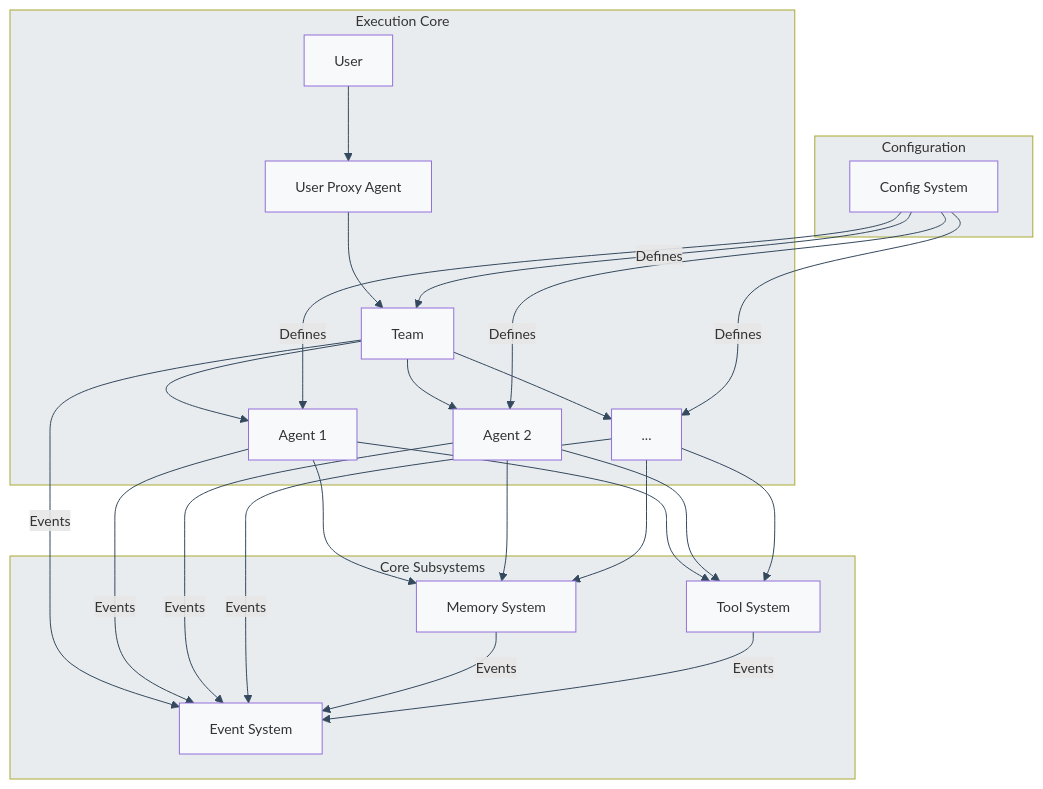
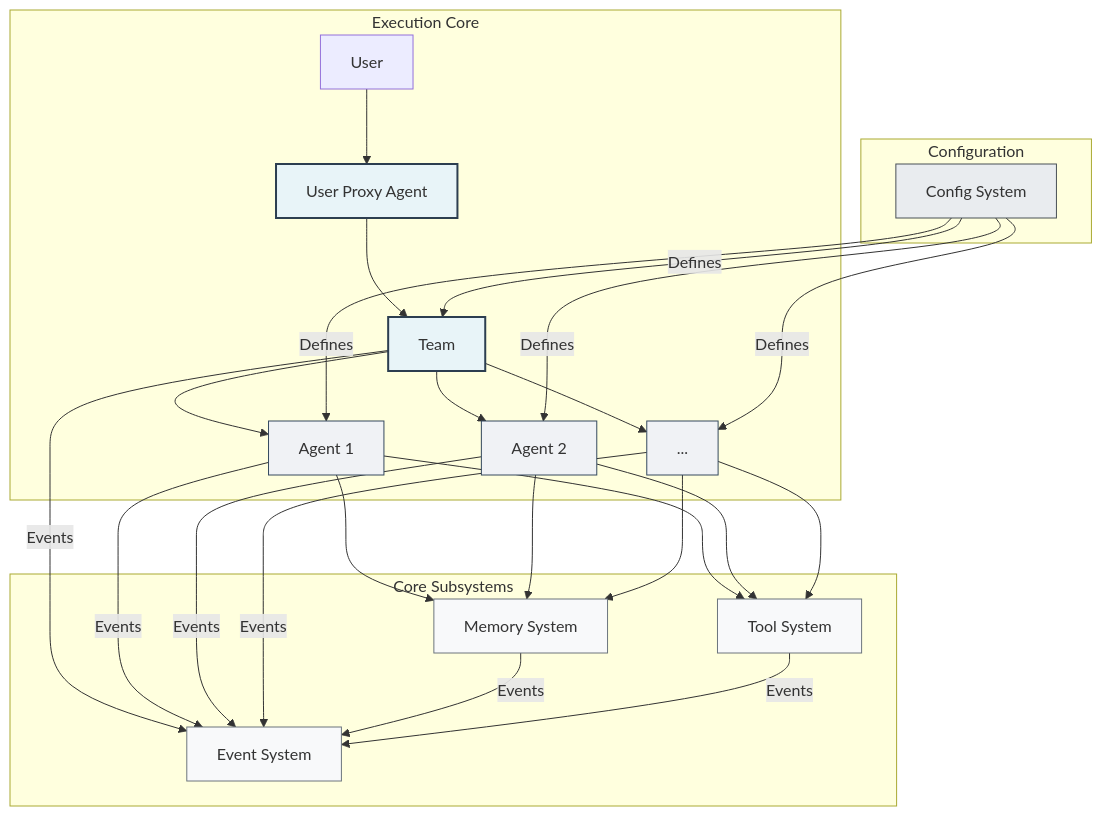
Before and after one commit to dustland/roboco: the first of 3 diagrams in docs/system-architecture.md, drawn with Mermaid. The commit also changed other lines of this file, not shown here.

Commit message:
docs: enhance system architecture documentation with detailed design principles and subsystem descriptions

````diff
--- a/docs/system-architecture.md
+++ b/docs/system-architecture.md
@@ -22,48 +28,43 @@
 ```mermaid
-%%{init: {"theme": "default", "themeVariables": {
-  "fontFamily": "Arial, sans-serif",
-  "fontSize": "14px",
-  "fontWeight": "400",
-  "primaryColor": "#f9f9f9",
-  "primaryTextColor": "#2c3e50",
-  "primaryBorderColor": "#34495e",
-  "lineColor": "#34495e",
-  "secondaryColor": "#ecf0f1",
-  "tertiaryColor": "#ffffff",
-  "background": "#ffffff",
-  "mainBkg": "#f8f9fa",
-  "secondBkg": "#e9ecef",
-  "tertiaryBkg": "#dee2e6",
-  "nodeBorderRadius": "8px",
-  "clusterBorderRadius": "10px"
-}}}%%
 graph TD
     subgraph "Configuration"
         CFS[Config System]
     end
 
     subgraph "Execution Core"
         U[User] --> UPA[User Proxy Agent]
         UPA --> T[Team]
         T --> A1[Agent 1]
         T --> A2[Agent 2]
         T --> AN[...]
     end
 
     subgraph "Core Subsystems"
         MS[Memory System]
         TS[Tool System]
         ES[Event System]
     end
 
     CFS -- "Defines" --> T & A1 & A2 & AN
+
     A1 --> MS & TS
     A2 --> MS & TS
     AN --> MS & TS
+
     T -- "Events" --> ES
     A1 -- "Events" --> ES
     A2 -- "Events" --> ES
     AN -- "Events" --> ES
     MS -- "Events" --> ES
     TS -- "Events" --> ES
+
+    style UPA fill:#e8f4f8,stroke:#2c3e50,stroke-width:2px
+    style T fill:#e8f4f8,stroke:#2c3e50,stroke-width:2px
+    style A1 fill:#f0f2f5,stroke:#34495e,stroke-width:1px
+    style A2 fill:#f0f2f5,stroke:#34495e,stroke-width:1px
+    style AN fill:#f0f2f5,stroke:#34495e,stroke-width:1px
+    style MS fill:#f8f9fa,stroke:#6c757d,stroke-width:1px
+    style TS fill:#f8f9fa,stroke:#6c757d,stroke-width:1px
+    style ES fill:#f8f9fa,stroke:#6c757d,stroke-width:1px
+    style CFS fill:#e9ecef,stroke:#495057,stroke-width:1px
 ```
````
